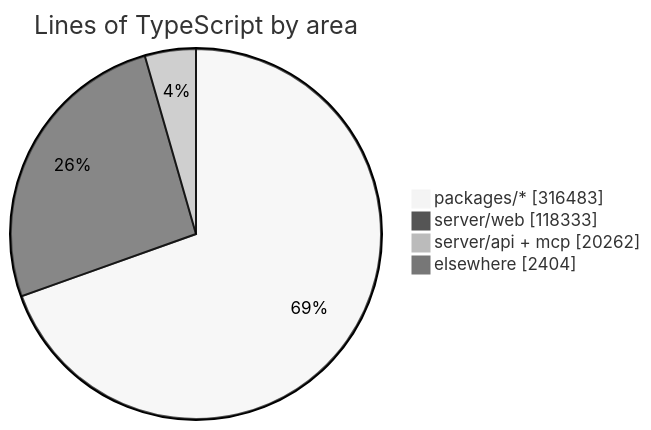
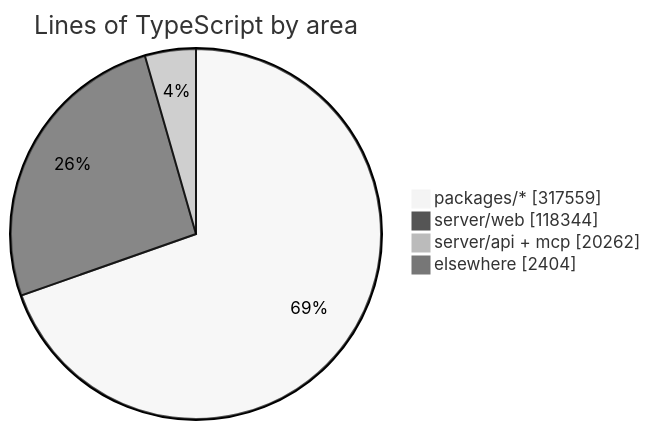
The diagram in README.md (crossworks-engineering/mantle), drawn with Mermaid (neutral theme) before and after one commit. The commit also changed other lines of this file and 2 other files, not shown here.

````diff
--- a/README.md
+++ b/README.md
@@ -294,7 +294,7 @@
 ```mermaid
 pie showData title Lines of TypeScript by area
-    "packages/*" : 316483
-    "server/web" : 118333
+    "packages/*" : 317559
+    "server/web" : 118344
     "server/api + mcp" : 20262
     "elsewhere" : 2404
 ```
````
